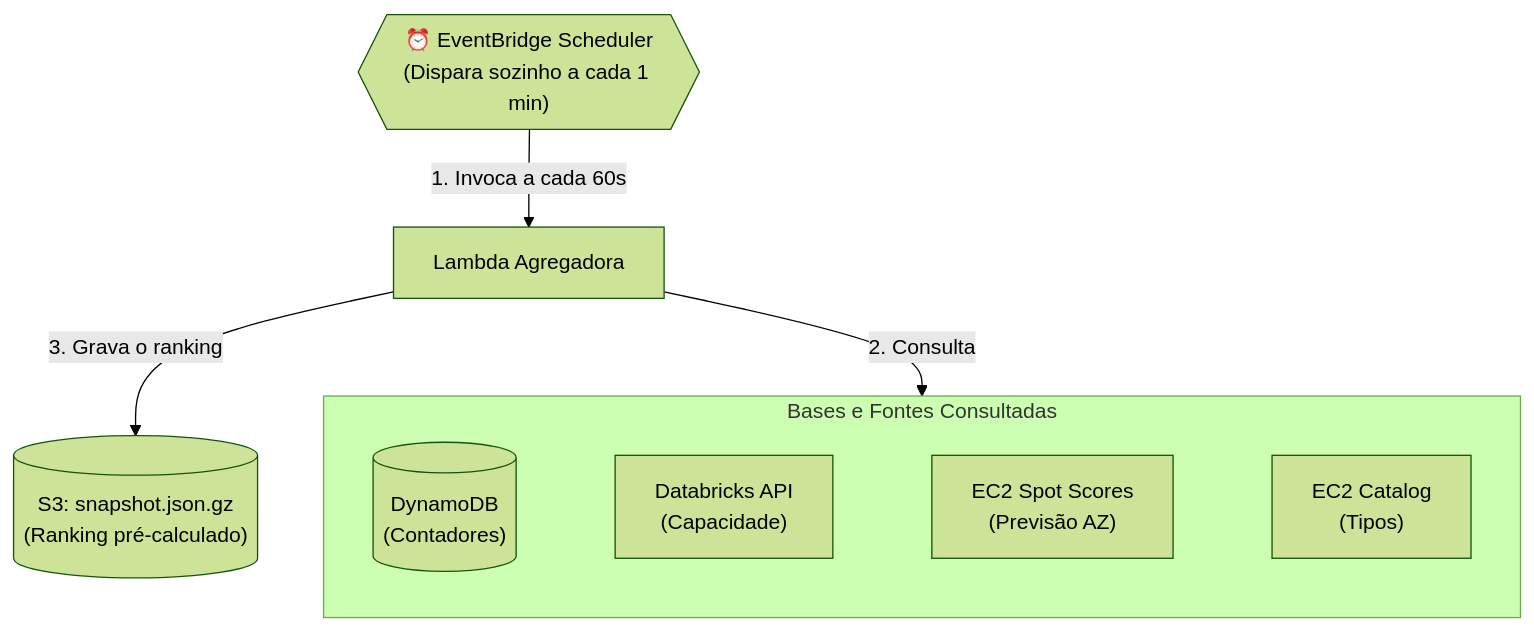
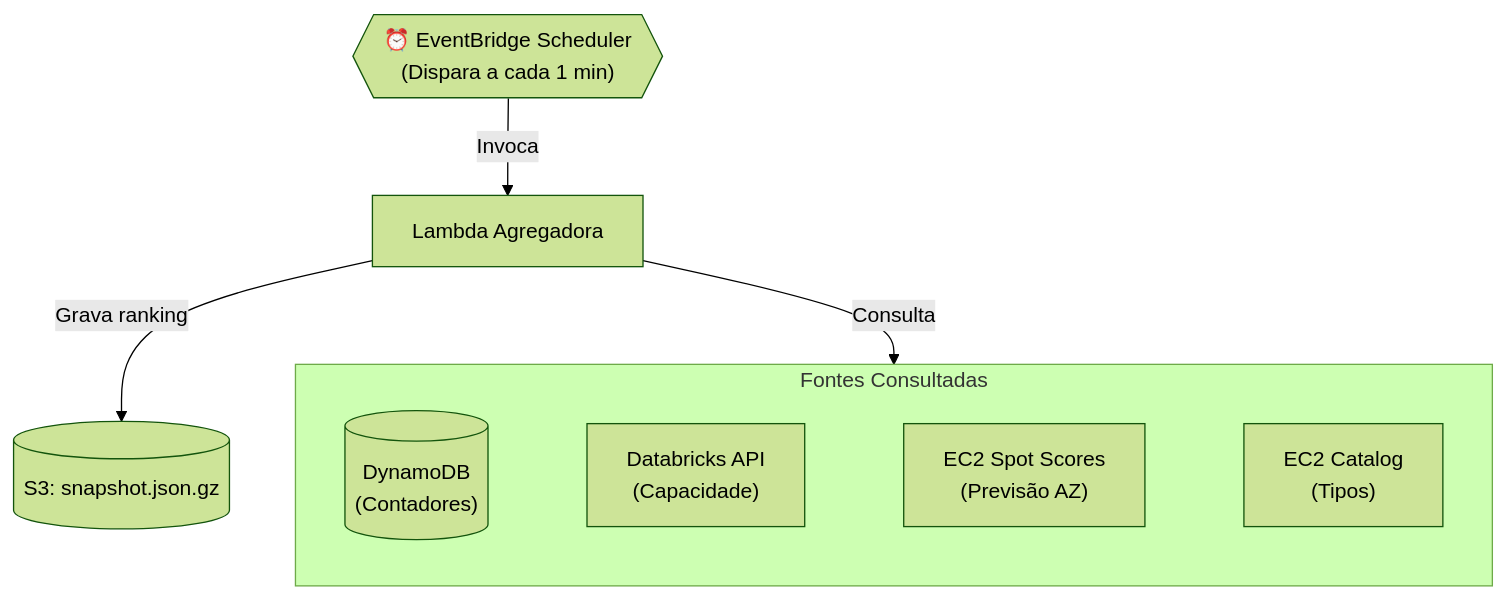
Before and after one commit to jessicapiresf/spark-pool-selection-service: the third of 4 diagrams in docs/arquitetura.md, drawn with Mermaid (forest theme). The commit also changed other lines of this file and 2 other files, not shown here.

````diff
--- a/docs/arquitetura.md
+++ b/docs/arquitetura.md
@@ -58,14 +83,13 @@
 ```mermaid
 flowchart TD
-  SCH{{"⏰ EventBridge Scheduler\n(Dispara sozinho a cada 1 min)"}}
-  
-  SCH -->|1. Invoca a cada 60s| AGG["Lambda Agregadora"]
+  SCH{{"⏰ EventBridge Scheduler\n(Dispara a cada 1 min)"}}
+  SCH -->|Invoca| AGG["Lambda Agregadora"]
 
-  subgraph bases["Bases e Fontes Consultadas"]
+  subgraph bases["Fontes Consultadas"]
     direction LR
     CNT[("DynamoDB\n(Contadores)")] ~~~ DBX["Databricks API\n(Capacidade)"] ~~~ SPS["EC2 Spot Scores\n(Previsão AZ)"] ~~~ CATALOG["EC2 Catalog\n(Tipos)"]
   end
 
-  AGG -->|2. Consulta| bases
-  AGG -->|3. Grava o ranking| SNAP[("S3: snapshot.json.gz\n(Ranking pré-calculado)")]
+  AGG -->|Consulta| bases
+  AGG -->|Grava ranking| SNAP[("S3: snapshot.json.gz")]
 ```
````
